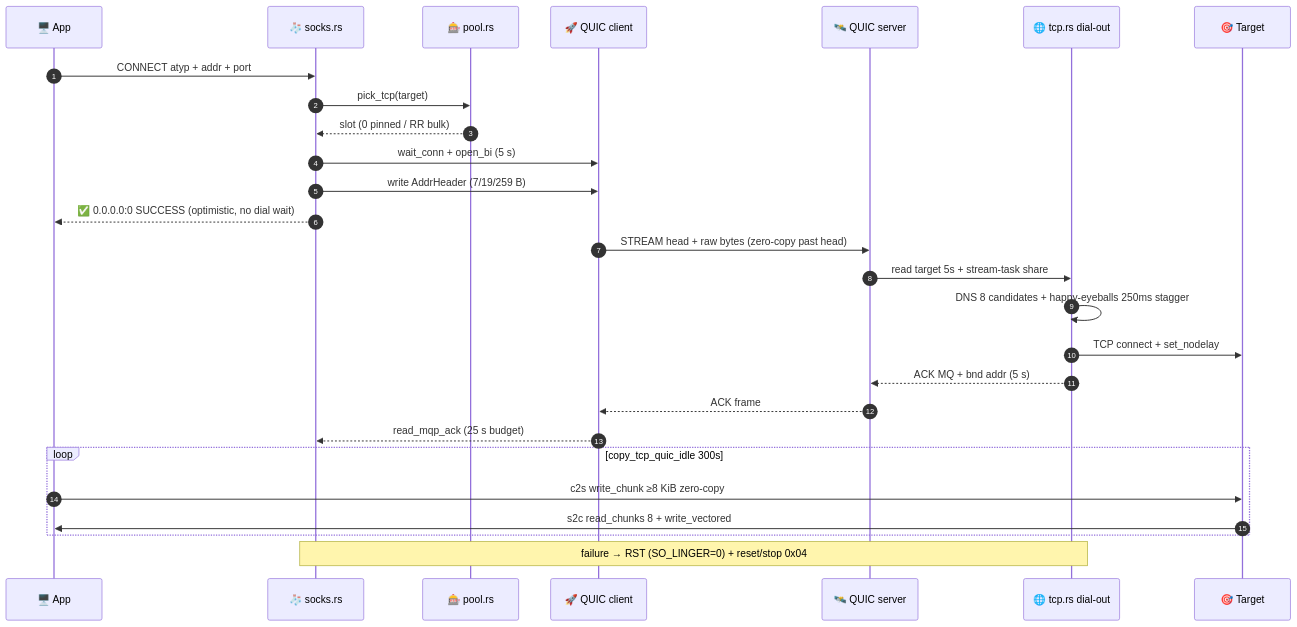
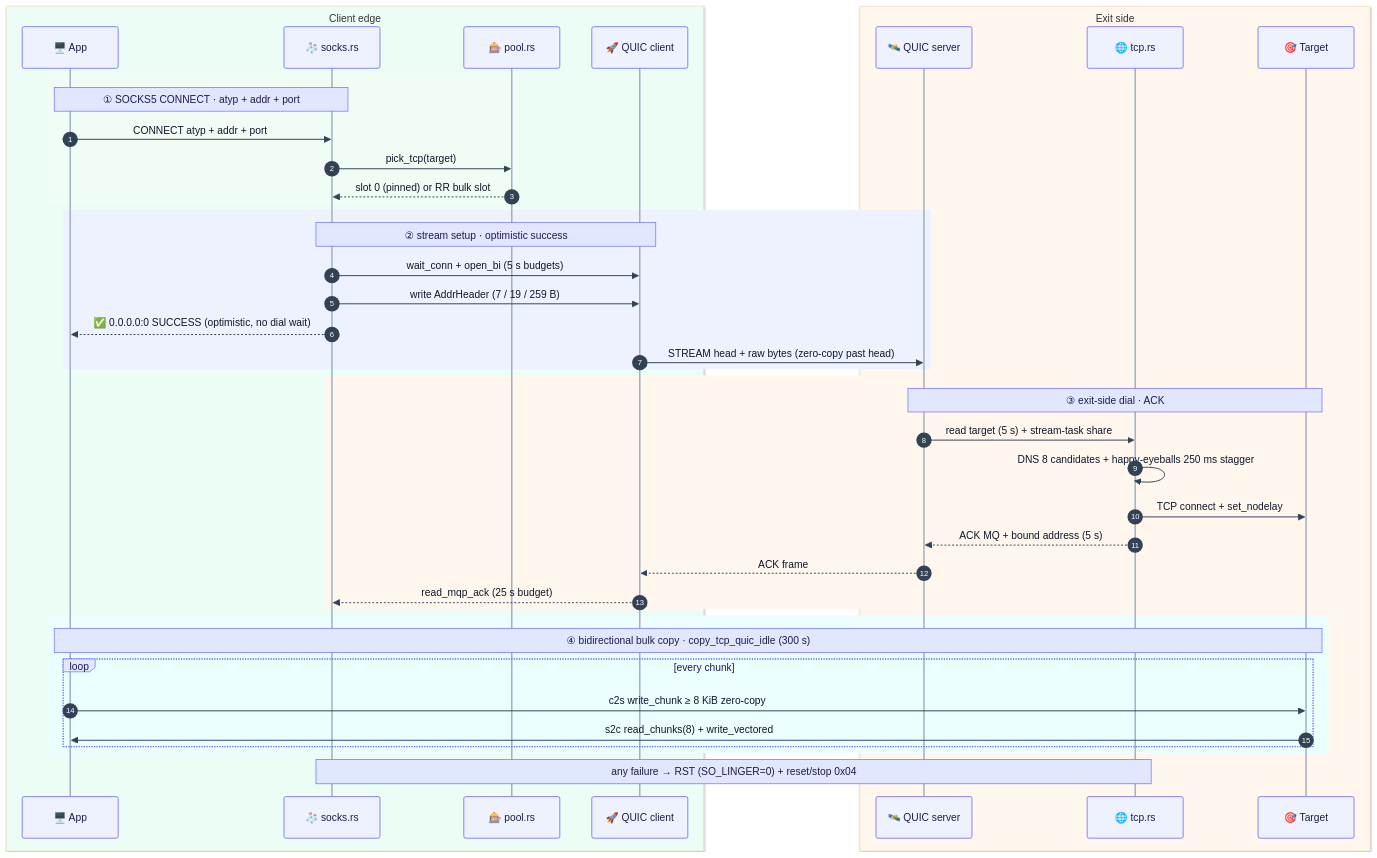
One commit to Terutoki/MyQUIC2 changed the fourth of 8 diagrams in README.md. Above: the diagram before and after it, drawn with Mermaid. The commit also changed other lines of this file, not shown here.

````diff
--- a/README.md
+++ b/README.md
@@ -166,29 +207,46 @@
 ```mermaid
+%%{init: {"theme":"base","themeVariables":{"fontSize":"14px","actorBkg":"#eef2ff","actorBorder":"#4f46e5","actorTextColor":"#1e1b4b","actorLineColor":"#94a3b8","signalColor":"#334155","signalTextColor":"#0f172a","labelBoxBkgColor":"#e0e7ff","labelBoxBorderColor":"#6366f1","labelTextColor":"#1e1b4b","loopTextColor":"#1e1b4b","noteBkgColor":"#e0e7ff","noteBorderColor":"#6366f1","noteTextColor":"#1e1b4b","activationBkgColor":"#c7d2fe","activationBorderColor":"#4f46e5","sequenceNumberBackgroundColor":"#4f46e5","sequenceNumberColor":"#ffffff"}}}%%
 sequenceDiagram
     autonumber
-    participant App as 🖥️ App
-    participant Socks as 🧦 socks.rs
-    participant Pool as 🎰 pool.rs
-    participant QC as 🚀 QUIC client
-    participant QS as 🛰️ QUIC server
-    participant Dial as 🌐 tcp.rs dial-out
-    participant Tgt as 🎯 Target
-    App->>Socks: CONNECT atyp + addr + port
-    Socks->>Pool: pick_tcp(target)
-    Pool-->>Socks: slot (0 pinned / RR bulk)
-    Socks->>QC: wait_conn + open_bi (5 s)
-    Socks->>QC: write AddrHeader (7/19/259 B)
-    Socks-->>App: ✅ 0.0.0.0:0 SUCCESS (optimistic, no dial wait)
-    QC->>QS: STREAM head + raw bytes (zero-copy past head)
-    QS->>Dial: read target 5s + stream-task share
-    Dial->>Dial: DNS 8 candidates + happy-eyeballs 250ms stagger
-    Dial->>Tgt: TCP connect + set_nodelay
-    Dial-->>QS: ACK MQ + bnd addr (5 s)
-    QS-->>QC: ACK frame
-    QC-->>Socks: read_mqp_ack (25 s budget)
-    loop copy_tcp_quic_idle 300s
-        App->>Tgt: c2s write_chunk ≥8 KiB zero-copy
-        Tgt->>App: s2c read_chunks 8 + write_vectored
+    box rgb(236, 253, 245) Client edge
+        participant App as 🖥️ App
+        participant Socks as 🧦 socks.rs
+        participant Pool as 🎰 pool.rs
+        participant QC as 🚀 QUIC client
     end
-    Note over Socks,Dial: failure → RST (SO_LINGER=0) + reset/stop 0x04
+    box rgb(255, 247, 237) Exit side
+        participant QS as 🛰️ QUIC server
+        participant Dial as 🌐 tcp.rs
+        participant Tgt as 🎯 Target
+    end
+    rect rgb(240, 253, 244)
+        Note over App,Socks: ① SOCKS5 CONNECT · atyp + addr + port
+        App->>Socks: CONNECT atyp + addr + port
+        Socks->>Pool: pick_tcp(target)
+        Pool-->>Socks: slot 0 (pinned) or RR bulk slot
+    end
+    rect rgb(238, 242, 255)
+        Note over Socks,QC: ② stream setup · optimistic success
+        Socks->>QC: wait_conn + open_bi (5 s budgets)
+        Socks->>QC: write AddrHeader (7 / 19 / 259 B)
+        Socks-->>App: ✅ 0.0.0.0:0 SUCCESS (optimistic, no dial wait)
+        QC->>QS: STREAM head + raw bytes (zero-copy past head)
+    end
+    rect rgb(255, 247, 237)
+        Note over QS,Tgt: ③ exit-side dial · ACK
+        QS->>Dial: read target (5 s) + stream-task share
+        Dial->>Dial: DNS 8 candidates + happy-eyeballs 250 ms stagger
+        Dial->>Tgt: TCP connect + set_nodelay
+        Dial-->>QS: ACK MQ + bound address (5 s)
+        QS-->>QC: ACK frame
+        QC-->>Socks: read_mqp_ack (25 s budget)
+    end
+    rect rgb(236, 254, 255)
+        Note over App,Tgt: ④ bidirectional bulk copy · copy_tcp_quic_idle (300 s)
+        loop every chunk
+            App->>Tgt: c2s write_chunk ≥ 8 KiB zero-copy
+            Tgt->>App: s2c read_chunks(8) + write_vectored
+        end
+    end
+    Note over Socks,Dial: any failure → RST (SO_LINGER=0) + reset/stop 0x04
 ```
````
